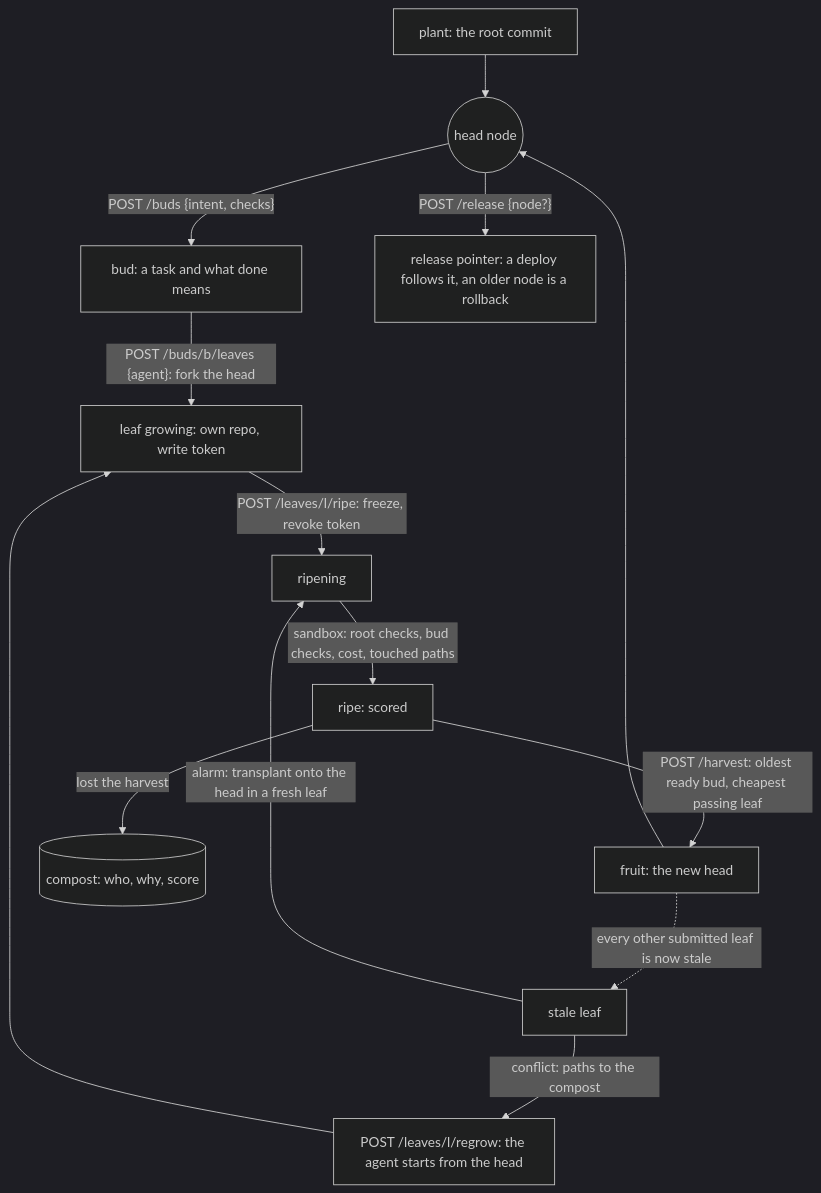
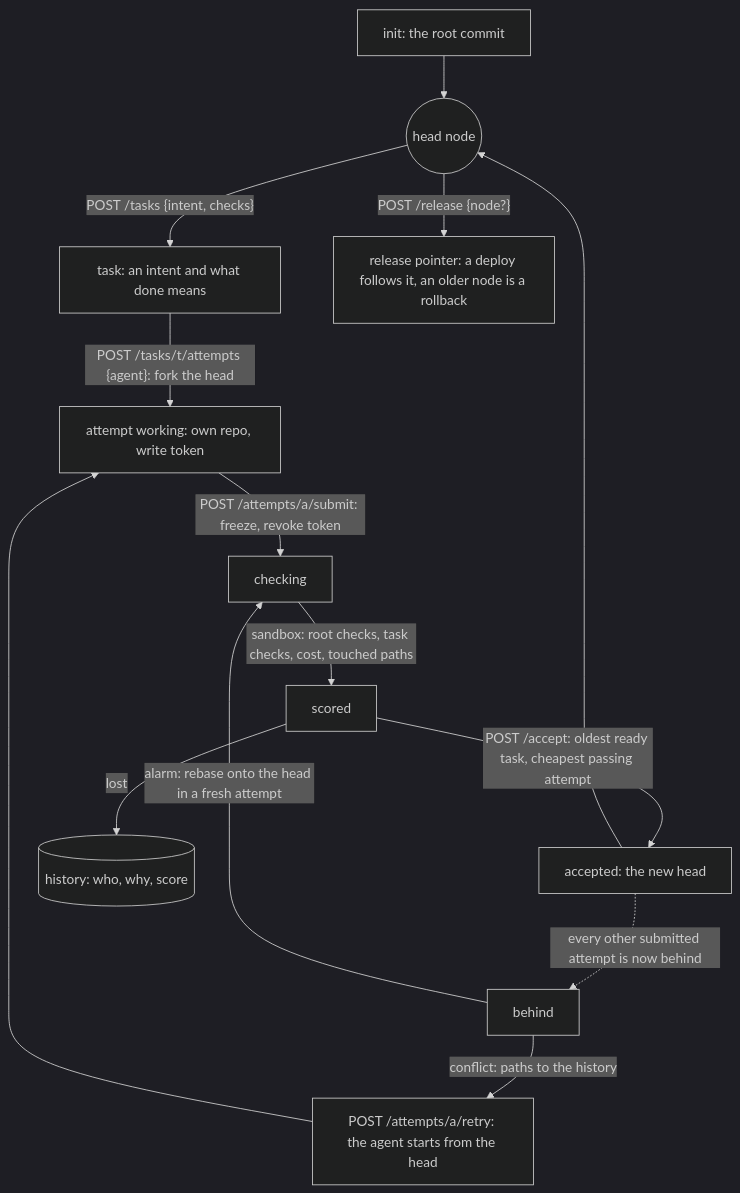
One commit to Butch78/ficus changed the first of 2 diagrams in README.md. Above: the diagram before and after it, drawn with Mermaid (dark theme). The commit also changed other lines of this file and 19 other files, not shown here.

````diff
--- a/README.md
+++ b/README.md
@@ -30,16 +30,16 @@
 ```mermaid
 flowchart TD
-    plant["plant: the root commit"] --> head(("head node"))
-    head -- "POST /buds {intent, checks}" --> bud["bud: a task and what done means"]
-    bud -- "POST /buds/b/leaves {agent}: fork the head" --> growing["leaf growing: own repo, write token"]
-    growing -- "POST /leaves/l/ripe: freeze, revoke token" --> ripening["ripening"]
-    ripening -- "sandbox: root checks, bud checks, cost, touched paths" --> ripe["ripe: scored"]
-    ripe -- "POST /harvest: oldest ready bud, cheapest passing leaf" --> fruit["fruit: the new head"]
-    fruit --> head
-    ripe -- "lost the harvest" --> compost[("compost: who, why, score")]
-    fruit -. "every other submitted leaf is now stale" .-> stale["stale leaf"]
-    stale -- "alarm: transplant onto the head in a fresh leaf" --> ripening
-    stale -- "conflict: paths to the compost" --> regrow["POST /leaves/l/regrow: the agent starts from the head"]
-    regrow --> growing
+    init["init: the root commit"] --> head(("head node"))
+    head -- "POST /tasks {intent, checks}" --> task["task: an intent and what done means"]
+    task -- "POST /tasks/t/attempts {agent}: fork the head" --> working["attempt working: own repo, write token"]
+    working -- "POST /attempts/a/submit: freeze, revoke token" --> checking["checking"]
+    checking -- "sandbox: root checks, task checks, cost, touched paths" --> scored["scored"]
+    scored -- "POST /accept: oldest ready task, cheapest passing attempt" --> accepted["accepted: the new head"]
+    accepted --> head
+    scored -- "lost" --> history[("history: who, why, score")]
+    accepted -. "every other submitted attempt is now behind" .-> behind["behind"]
+    behind -- "alarm: rebase onto the head in a fresh attempt" --> checking
+    behind -- "conflict: paths to the history" --> retry["POST /attempts/a/retry: the agent starts from the head"]
+    retry --> working
     head -- "POST /release {node?}" --> release["release pointer: a deploy follows it, an older node is a rollback"]
 ```
````
